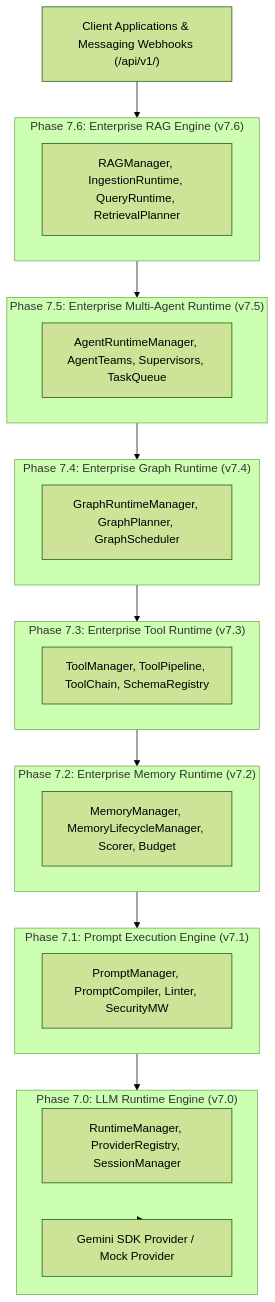
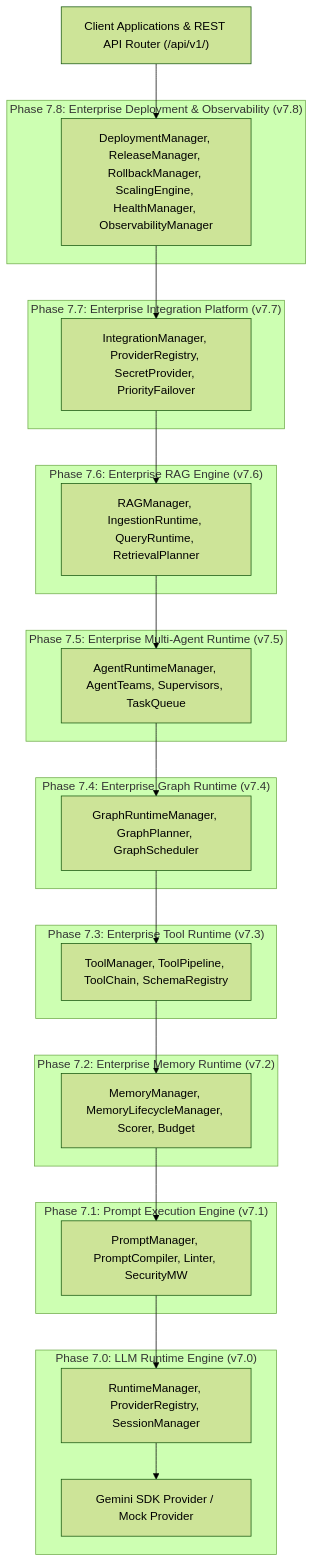
The diagram in backend/docs/ENTERPRISE_PLATFORM_ARCHITECTURE.md (likith1502/volta-ai-chatbot), drawn with Mermaid (forest theme) before and after one commit. The commit also changed other lines of this file and 82 other files, not shown here.

Commit message:
feat(v7.8): Enterprise Deployment, Scaling & Operationalization — VOLTA AI Platform v1.0 Graduation (421 tests passing)

````diff
--- a/backend/docs/ENTERPRISE_PLATFORM_ARCHITECTURE.md
+++ b/backend/docs/ENTERPRISE_PLATFORM_ARCHITECTURE.md
@@ -28,42 +30,52 @@
 ```mermaid
 graph TD
-    Client["Client Applications & Messaging Webhooks (/api/v1/)"]
+    Client["Client Applications & REST API Router (/api/v1/)"]
+
+    subgraph Layer9["Phase 7.8: Enterprise Deployment & Observability (v7.8)"]
+        Deploy["DeploymentManager, ReleaseManager, RollbackManager, ScalingEngine, HealthManager, ObservabilityManager"]
+    end
+
+    subgraph Layer8["Phase 7.7: Enterprise Integration Platform (v7.7)"]
+        Integrations["IntegrationManager, ProviderRegistry, SecretProvider, PriorityFailover"]
+    end
 
     subgraph Layer7["Phase 7.6: Enterprise RAG Engine (v7.6)"]
         RAG["RAGManager, IngestionRuntime, QueryRuntime, RetrievalPlanner"]
     end
 
     subgraph Layer6["Phase 7.5: Enterprise Multi-Agent Runtime (v7.5)"]
         Agents["AgentRuntimeManager, AgentTeams, Supervisors, TaskQueue"]
     end
 
     subgraph Layer5["Phase 7.4: Enterprise Graph Runtime (v7.4)"]
         Graph["GraphRuntimeManager, GraphPlanner, GraphScheduler"]
     end
 
     subgraph Layer4["Phase 7.3: Enterprise Tool Runtime (v7.3)"]
         Tools["ToolManager, ToolPipeline, ToolChain, SchemaRegistry"]
     end
 
     subgraph Layer3["Phase 7.2: Enterprise Memory Runtime (v7.2)"]
         Memory["MemoryManager, MemoryLifecycleManager, Scorer, Budget"]
     end
 
     subgraph Layer2["Phase 7.1: Prompt Execution Engine (v7.1)"]
         Prompt["PromptManager, PromptCompiler, Linter, SecurityMW"]
     end
 
     subgraph Layer1["Phase 7.0: LLM Runtime Engine (v7.0)"]
         Runtime["RuntimeManager, ProviderRegistry, SessionManager"]
         Providers["Gemini SDK Provider / Mock Provider"]
     end
 
-    Client --> Layer7
-    Layer7 --> Layer6
-    Layer6 --> Layer5
-    Layer5 --> Layer4
-    Layer4 --> Layer3
-    Layer3 --> Layer2
-    Layer2 --> Layer1
-    Layer1 --> Providers
+    Client --> Deploy
+    Deploy --> Integrations
+    Integrations --> RAG
+    RAG --> Agents
+    Agents --> Graph
+    Graph --> Tools
+    Tools --> Memory
+    Memory --> Prompt
+    Prompt --> Runtime
+    Runtime --> Providers
 ```
````
